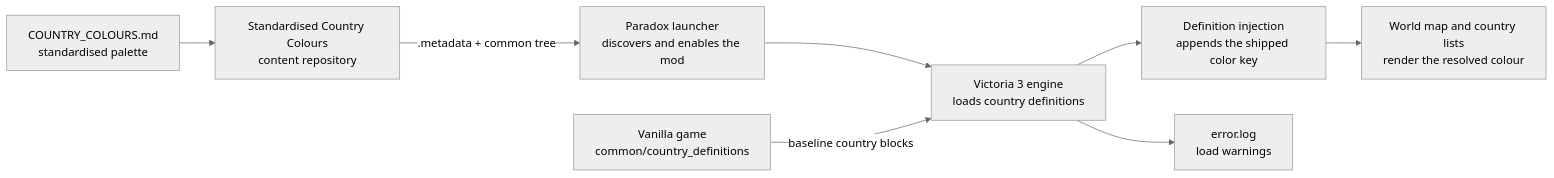
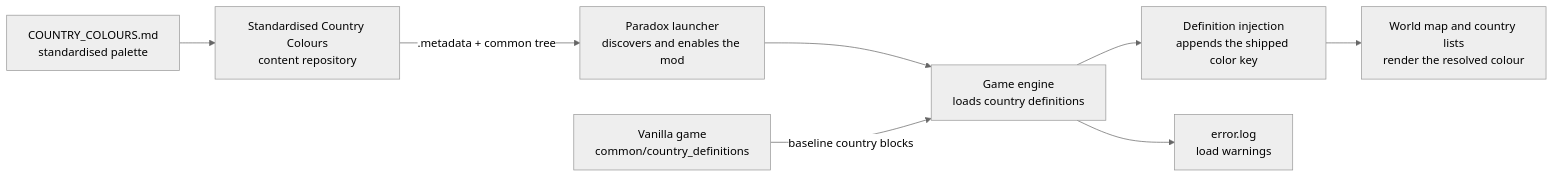
The first of 6 diagrams in ARCHITECTURE.md (hmlendea/standardised-country-colours), drawn with Mermaid (neutral theme) before and after one commit. The commit also changed other lines of this file and 14 other files, not shown here.

````diff
--- a/ARCHITECTURE.md
+++ b/ARCHITECTURE.md
@@ -45,10 +45,10 @@
 ```mermaid
 flowchart LR
   Source["COUNTRY_COLOURS.md<br/>standardised palette"] --> Repo["Standardised Country Colours<br/>content repository"]
   Repo -->|".metadata + common tree"| Launcher["Paradox launcher<br/>discovers and enables the mod"]
-  Launcher --> Engine["Victoria 3 engine<br/>loads country definitions"]
+  Launcher --> Engine["Game engine<br/>loads country definitions"]
   Vanilla["Vanilla game<br/>common/country_definitions"] -->|"baseline country blocks"| Engine
   Engine --> Injection["Definition injection<br/>appends the shipped color key"]
   Injection --> Map["World map and country lists<br/>render the resolved colour"]
   Engine --> Logs["error.log<br/>load warnings"]
 ```
````
